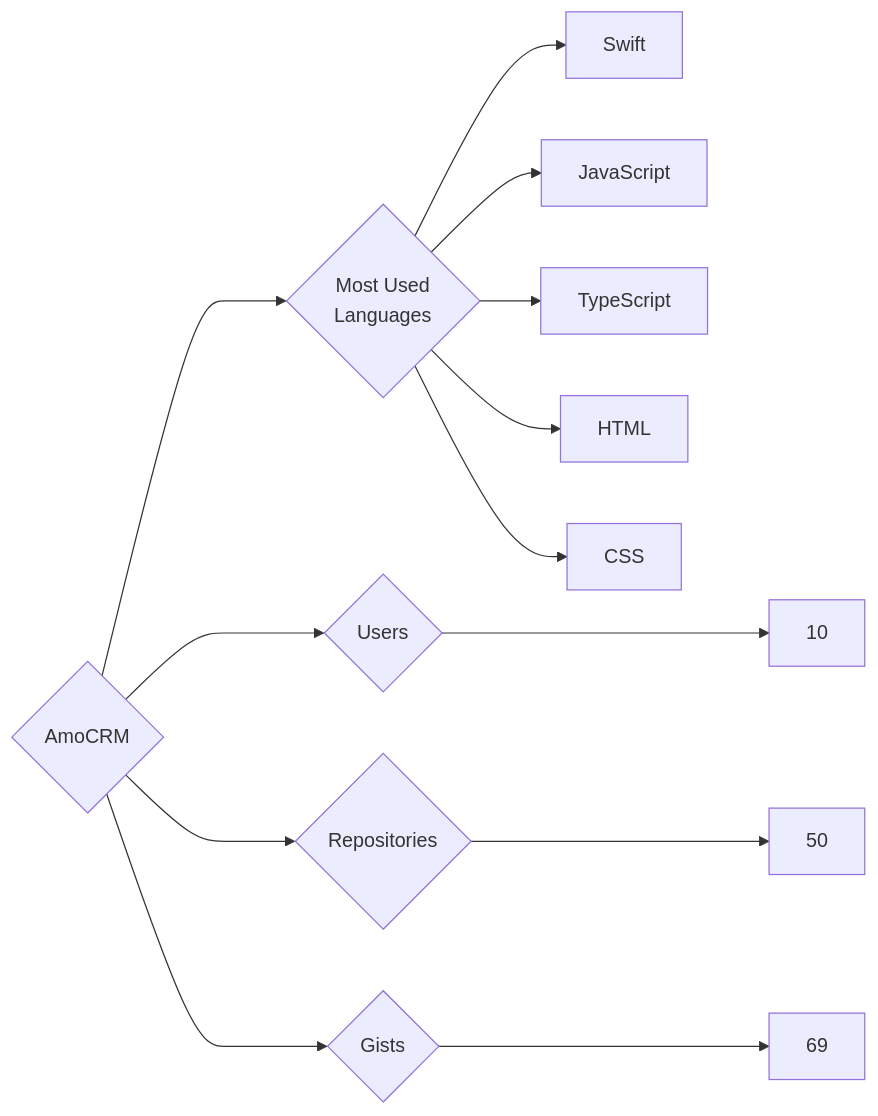
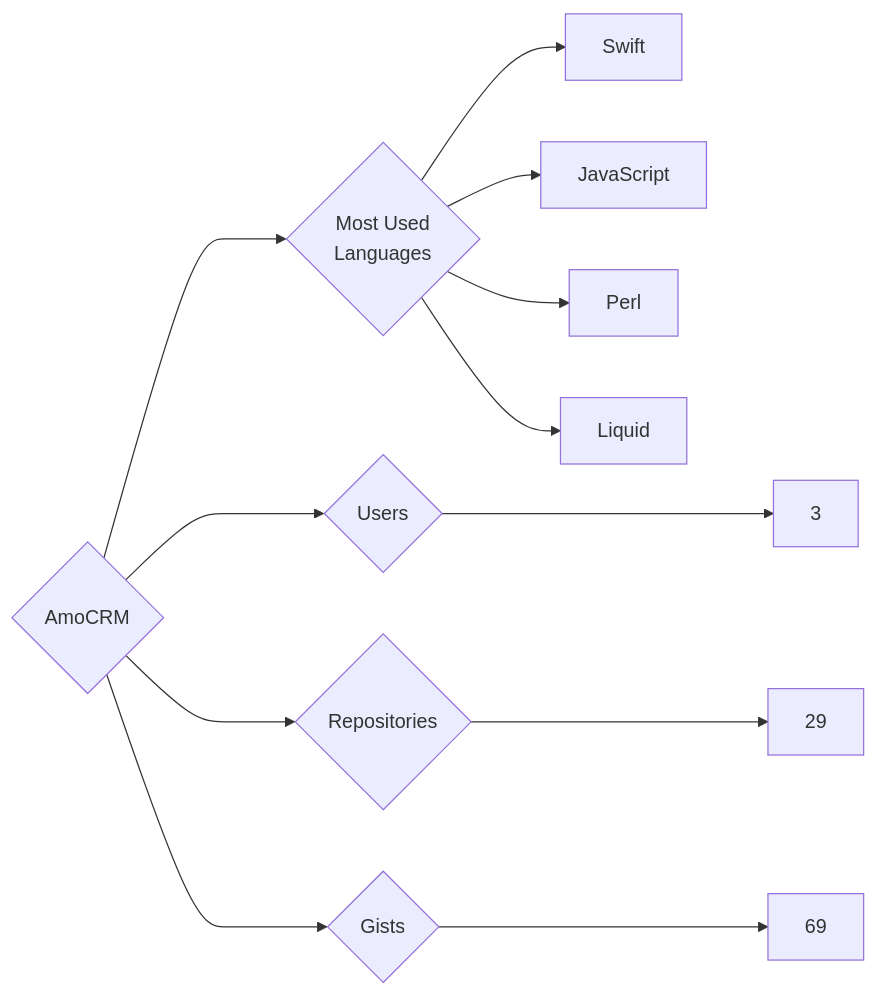
Before and after one commit to trickest/insiders: the diagram in targets/AmoCRM/README.md, drawn with Mermaid. The commit also changed 745 other files, not shown here.

````diff
--- a/targets/AmoCRM/README.md
+++ b/targets/AmoCRM/README.md
@@ -3,13 +3,12 @@
 ```mermaid
 graph LR
 COMPANY_NAME{AmoCRM}
-COMPANY_NAME ---> U{Users} ---> UN[10]
-COMPANY_NAME ---> R{Repositories} ---> RN[50]
+COMPANY_NAME ---> U{Users} ---> UN[3]
+COMPANY_NAME ---> R{Repositories} ---> RN[29]
 COMPANY_NAME ---> G{Gists} ---> GN[69]
 COMPANY_NAME ---> ML{Most Used<br>Languages}
 ML --> Swift[Swift]
 ML --> JavaScript[JavaScript]
-ML --> TypeScript[TypeScript]
-ML --> HTML[HTML]
-ML --> CSS[CSS]
+ML --> Perl[Perl]
+ML --> Liquid[Liquid]
 ```
````
